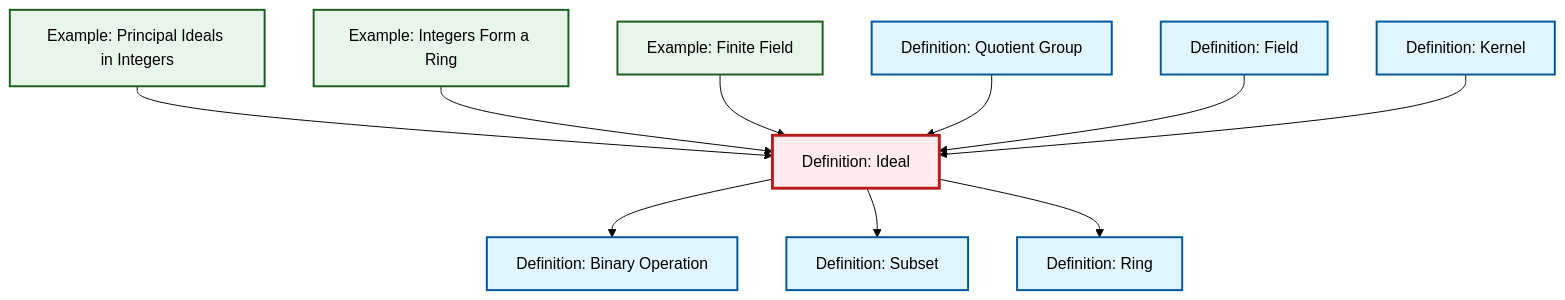
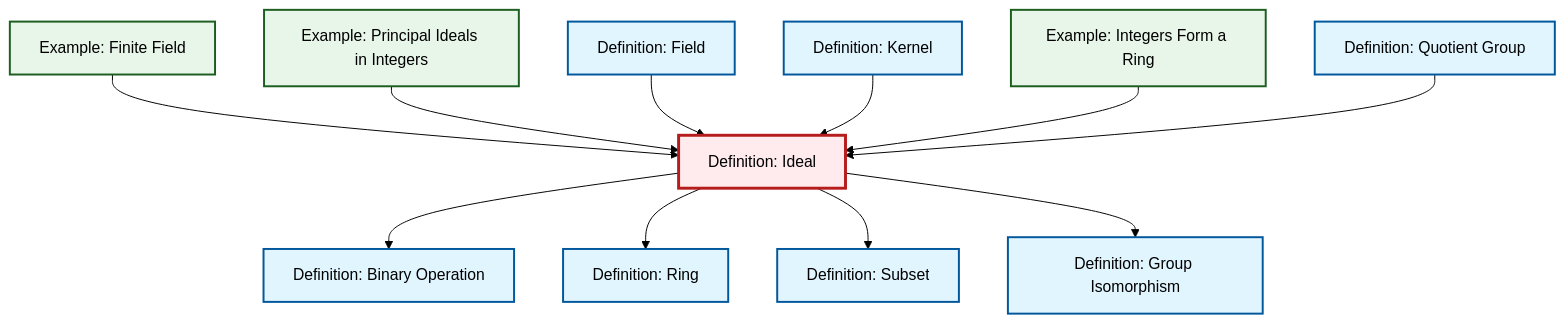
The diagram in content/ja/algebra/def-ideal.qmd (RK0429/ModernMath), drawn with Mermaid (forest theme) before and after one commit. The commit also changed other lines of this file and 581 other files, not shown here.

````diff
--- a/content/ja/algebra/def-ideal.qmd
+++ b/content/ja/algebra/def-ideal.qmd
@@ -80,38 +81,41 @@
 ```{mermaid}
 %%| fig-cap: "Local dependency graph"
 graph TD
     classDef definition fill:#e1f5fe,stroke:#01579b,stroke-width:2px
     classDef theorem fill:#f3e5f5,stroke:#4a148c,stroke-width:2px
     classDef axiom fill:#fff3e0,stroke:#e65100,stroke-width:2px
     classDef example fill:#e8f5e9,stroke:#1b5e20,stroke-width:2px
     classDef current fill:#ffebee,stroke:#b71c1c,stroke-width:3px
-    def-ring["Definition: Ring"]:::definition
-    ex-principal-ideal["Example: Principal Ideals in Integers"]:::example
-    def-field["Definition: Field"]:::definition
-    def-quotient-group["Definition: Quotient Group"]:::definition
-    ex-finite-field["Example: Finite Field"]:::example
-    def-kernel["Definition: Kernel"]:::definition
-    def-ideal["Definition: Ideal"]:::definition
-    ex-integers-ring["Example: Integers Form a Ring"]:::example
     def-binary-operation["Definition: Binary Operation"]:::definition
     def-subset["Definition: Subset"]:::definition
+    def-ring["Definition: Ring"]:::definition
+    ex-finite-field["Example: Finite Field"]:::example
+    def-quotient-group["Definition: Quotient Group"]:::definition
+    def-ideal["Definition: Ideal"]:::definition
+    def-isomorphism["Definition: Group Isomorphism"]:::definition
+    def-kernel["Definition: Kernel"]:::definition
+    ex-principal-ideal["Example: Principal Ideals in Integers"]:::example
+    ex-integers-ring["Example: Integers Form a Ring"]:::example
+    def-field["Definition: Field"]:::definition
+    ex-finite-field --> def-ideal
+    def-ideal --> def-binary-operation
     ex-principal-ideal --> def-ideal
+    def-field --> def-ideal
+    def-ideal --> def-ring
+    def-kernel --> def-ideal
     ex-integers-ring --> def-ideal
-    ex-finite-field --> def-ideal
     def-quotient-group --> def-ideal
-    def-field --> def-ideal
-    def-ideal --> def-binary-operation
-    def-kernel --> def-ideal
     def-ideal --> def-subset
-    def-ideal --> def-ring
+    def-ideal --> def-isomorphism
     class def-ideal current
-    click def-ring "def-ring.html" "Definition: Ringへ"
-    click ex-principal-ideal "ex-principal-ideal.html" "Example: Principal Ideals in Integersへ"
-    click def-field "def-field.html" "Definition: Fieldへ"
-    click def-quotient-group "def-quotient-group.html" "Definition: Quotient Groupへ"
-    click ex-finite-field "ex-finite-field.html" "Example: Finite Fieldへ"
-    click def-kernel "def-kernel.html" "Definition: Kernelへ"
-    click ex-integers-ring "ex-integers-ring.html" "Example: Integers Form a Ringへ"
     click def-binary-operation "def-binary-operation.html" "Definition: Binary Operationへ"
     click def-subset "def-subset.html" "Definition: Subsetへ"
+    click def-ring "def-ring.html" "Definition: Ringへ"
+    click ex-finite-field "ex-finite-field.html" "Example: Finite Fieldへ"
+    click def-quotient-group "def-quotient-group.html" "Definition: Quotient Groupへ"
+    click def-isomorphism "def-isomorphism.html" "Definition: Group Isomorphismへ"
+    click def-kernel "def-kernel.html" "Definition: Kernelへ"
+    click ex-principal-ideal "ex-principal-ideal.html" "Example: Principal Ideals in Integersへ"
+    click ex-integers-ring "ex-integers-ring.html" "Example: Integers Form a Ringへ"
+    click def-field "def-field.html" "Definition: Fieldへ"
 ```
````
